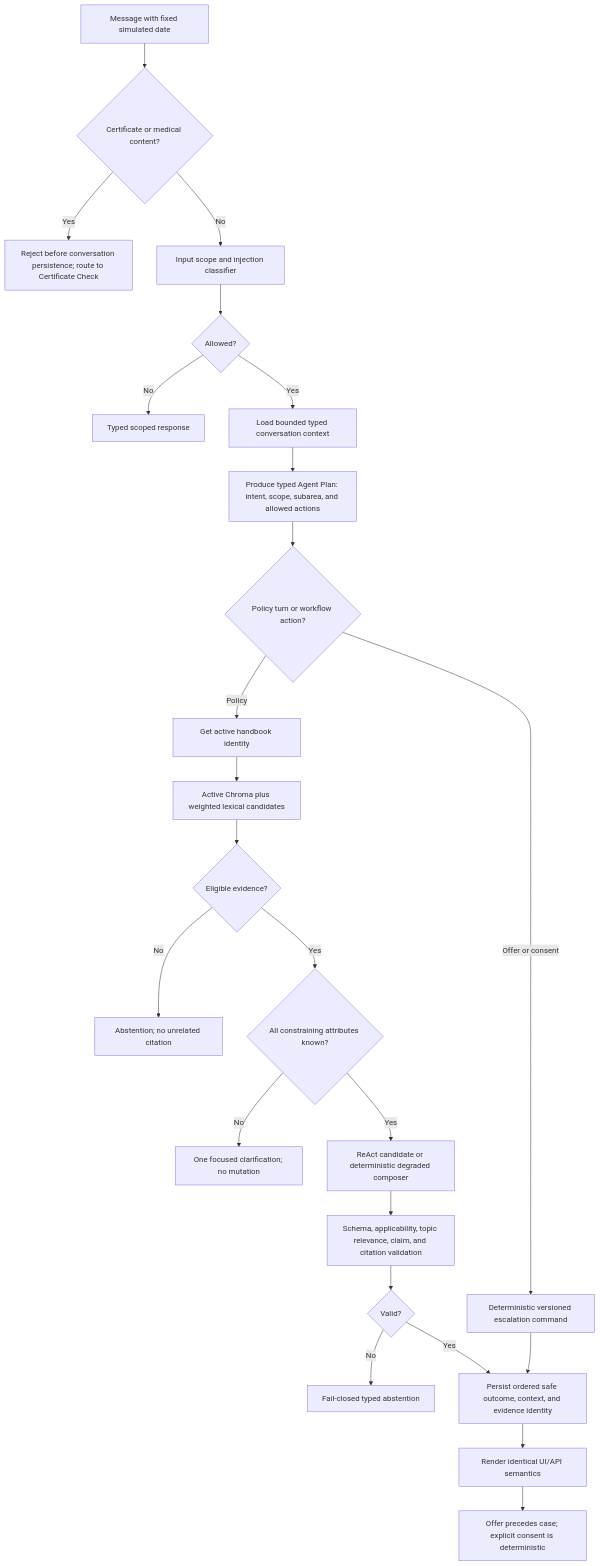
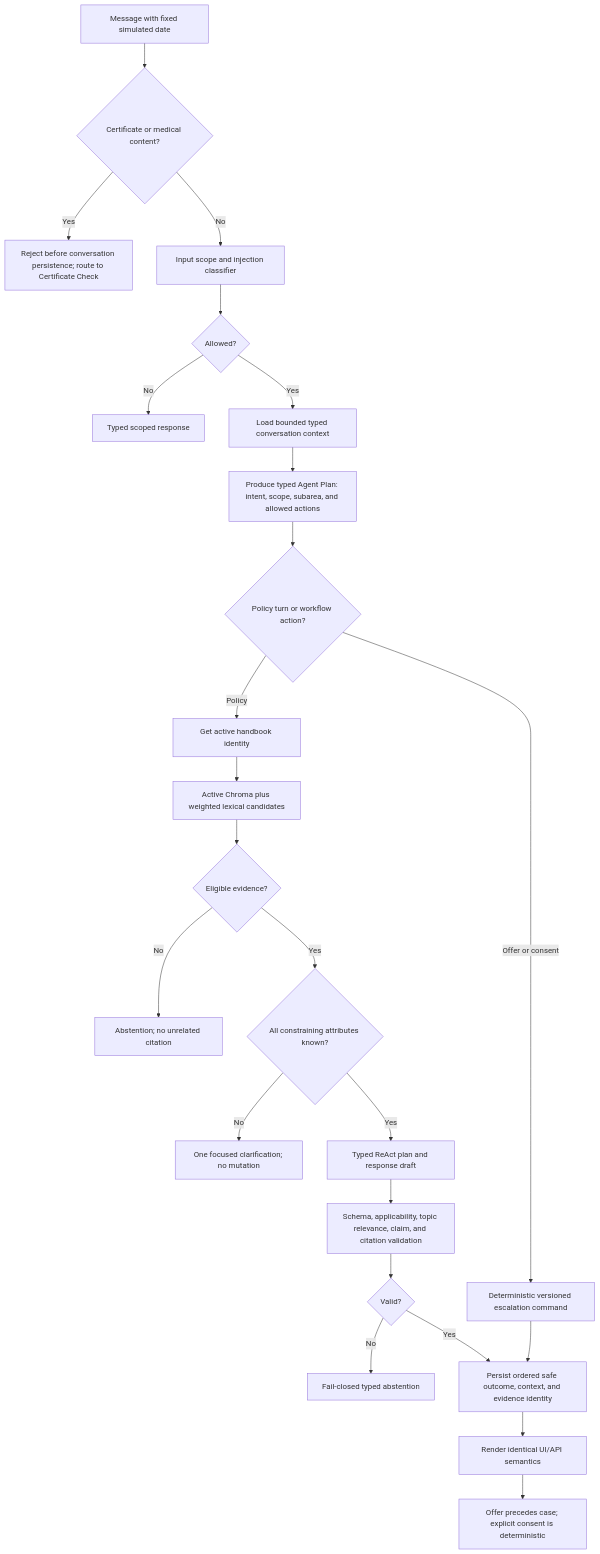
The second of 6 diagrams in docs/ARCHITECTURE_DIAGRAMS.md (Mateogas/STAI), drawn with Mermaid before and after one commit. The commit also changed 25 other files, not shown here.

Commit message:
Refactor AISHA into mandatory ReAct flow

````diff
--- a/docs/ARCHITECTURE_DIAGRAMS.md
+++ b/docs/ARCHITECTURE_DIAGRAMS.md
@@ -58,26 +58,26 @@
 ```mermaid
 flowchart TD
     Start["Message with fixed simulated date"] --> MedicalRoute{"Certificate or medical content?"}
     MedicalRoute -- Yes --> RejectChat["Reject before conversation persistence; route to Certificate Check"]
     MedicalRoute -- No --> Classify["Input scope and injection classifier"]
     Classify --> Allowed{"Allowed?"}
     Allowed -- No --> Scoped["Typed scoped response"]
     Allowed -- Yes --> Context["Load bounded typed conversation context"]
     Context --> Resolve["Produce typed Agent Plan: intent, scope, subarea, and allowed actions"]
     Resolve --> Action{"Policy turn or workflow action?"}
     Action -- "Offer or consent" --> Workflow["Deterministic versioned escalation command"]
     Action -- "Policy" --> Version["Get active handbook identity"]
     Version --> Search["Active Chroma plus weighted lexical candidates"]
     Search --> Found{"Eligible evidence?"}
     Found -- No --> Abstain["Abstention; no unrelated citation"]
     Found -- Yes --> Applicable{"All constraining attributes known?"}
     Applicable -- No --> Clarify["One focused clarification; no mutation"]
-    Applicable -- Yes --> Claim["ReAct candidate or deterministic degraded composer"]
+    Applicable -- Yes --> Claim["Typed ReAct plan and response draft"]
     Claim --> Validate["Schema, applicability, topic relevance, claim, and citation validation"]
     Validate --> Valid{"Valid?"}
     Valid -- No --> SafeAbstain["Fail-closed typed abstention"]
     Valid -- Yes --> Persist["Persist ordered safe outcome, context, and evidence identity"]
     Workflow --> Persist
     Persist --> Render["Render identical UI/API semantics"]
     Render --> OfferOnly["Offer precedes case; explicit consent is deterministic"]
 ```
````
